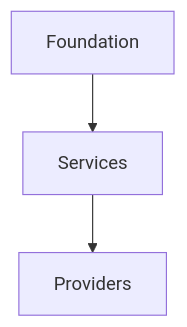
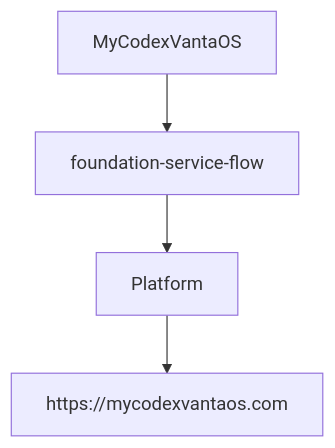
One commit to mycodexvantaos/mcv changed the diagram in foundation/diagrams/foundation-service-flow.mmd. Above: the diagram before and after it, drawn with Mermaid. The commit also changed 844 other files, not shown here.

```diff
--- a/foundation/diagrams/foundation-service-flow.mmd
+++ b/foundation/diagrams/foundation-service-flow.mmd
@@ -1,3 +1,4 @@
 graph TD
-    A[Foundation] --> B[Services]
-    B --> C[Providers]
+    A[MyCodexVantaOS] --> B[foundation-service-flow]
+    B --> C[Platform]
+    C --> D[https://mycodexvantaos.com]
```
